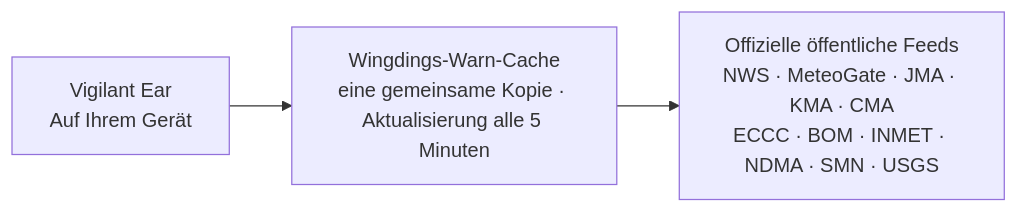
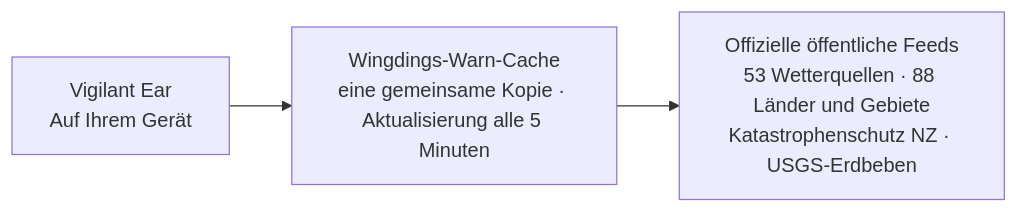
Before and after one commit to rpalm01-star/VigilantEarLegal: the fourth of 4 diagrams in README_de.md, drawn with Mermaid. The commit also changed other lines of this file and 44 other files, not shown here.

````diff
--- a/README_de.md
+++ b/README_de.md
@@ -171,5 +171,5 @@
 ```mermaid
 graph LR
     P1["Vigilant Ear<br/>Auf Ihrem Gerät"] --> W["Wingdings-Warn-Cache<br/>eine gemeinsame Kopie · Aktualisierung alle 5 Minuten"]
-    W --> N["Offizielle öffentliche Feeds<br/>NWS · MeteoGate · JMA · KMA · CMA<br/>ECCC · BOM · INMET · NDMA · SMN · USGS"]
+    W --> N["Offizielle öffentliche Feeds<br/>53 Wetterquellen · 88 Länder und Gebiete<br/>Katastrophenschutz NZ · USGS-Erdbeben"]
 ```
````
